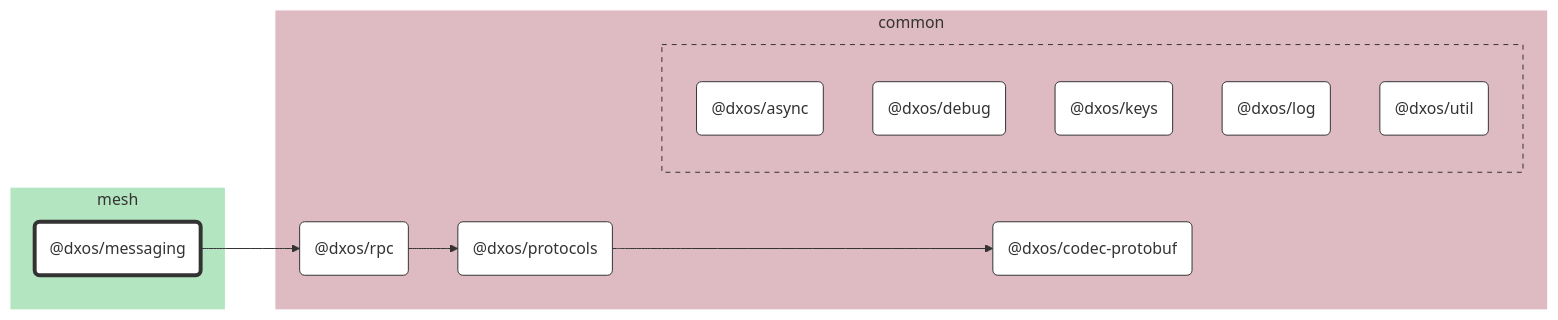
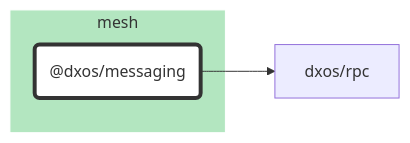
One commit to dxos/dxos changed the diagram in packages/mesh/messaging/docs/README.md. Above: the diagram before and after it, drawn with Mermaid. The commit also changed 87 other files, not shown here.

````diff
--- a/packages/mesh/messaging/docs/README.md
+++ b/packages/mesh/messaging/docs/README.md
@@ -7,62 +7,21 @@
 ```mermaid
 %%{ init: {'flowchart':{'curve':'basis'}} }%%
 
 flowchart LR
 
-%% Links
-dxos/messaging --> dxos/rpc;
-dxos/protocols --> dxos/codec-protobuf;
-dxos/rpc --> dxos/protocols;
+%% Classes
+classDef def fill:#fff,stroke:#333,stroke-width:1px
+classDef root fill:#fff,stroke:#333,stroke-width:4px
 
-%% Sections
-subgraph mesh
-  style mesh fill:#b3e6c0,stroke:#fff;
+%% Nodes
 
-  dxos/messaging("@dxos/messaging")
+subgraph mesh [mesh]
+  style mesh fill:#b3e6c0,stroke:#fff
+  dxos/messaging("@dxos/messaging"):::root
+  click dxos/messaging "dxos/dxos/tree/main/packages/mesh/messaging/docs"
 end
 
-subgraph common
-  style common fill:#debac2,stroke:#fff;
-
-  dxos/codec-protobuf("@dxos/codec-protobuf")
-  dxos/protocols("@dxos/protocols")
-  dxos/rpc("@dxos/rpc")
-
-  subgraph common-excluded [ ]
-    style common-excluded fill:#debac2,stroke:#333,stroke-dasharray:5 5;
-
-    dxos/async("@dxos/async")
-    dxos/debug("@dxos/debug")
-    dxos/keys("@dxos/keys")
-    dxos/log("@dxos/log")
-    dxos/util("@dxos/util")
-  end
-end
-
-
-%% Hyperlinks
-click dxos/async "dxos/dxos/tree/main/packages/common/async/docs";
-click dxos/codec-protobuf "dxos/dxos/tree/main/packages/common/codec-protobuf/docs";
-click dxos/debug "dxos/dxos/tree/main/packages/common/debug/docs";
-click dxos/keys "dxos/dxos/tree/main/packages/common/keys/docs";
-click dxos/log "dxos/dxos/tree/main/packages/common/log/docs";
-click dxos/protocols "dxos/dxos/tree/main/packages/common/protocols/docs";
-click dxos/rpc "dxos/dxos/tree/main/packages/common/rpc/docs";
-click dxos/util "dxos/dxos/tree/main/packages/common/util/docs";
-
-%% Styles
-classDef rootNode fill:#fff,stroke:#333,stroke-width:4px
-classDef defaultNode fill:#fff,stroke:#333,stroke-width:1px
+%% Links
 linkStyle default stroke:#333,stroke-width:1px
-
-dxos/messaging:::rootNode
-
-dxos/async:::defaultNode
-dxos/codec-protobuf:::defaultNode
-dxos/debug:::defaultNode
-dxos/keys:::defaultNode
-dxos/log:::defaultNode
-dxos/protocols:::defaultNode
-dxos/rpc:::defaultNode
-dxos/util:::defaultNode
+dxos/messaging --> dxos/rpc
 ```
````
